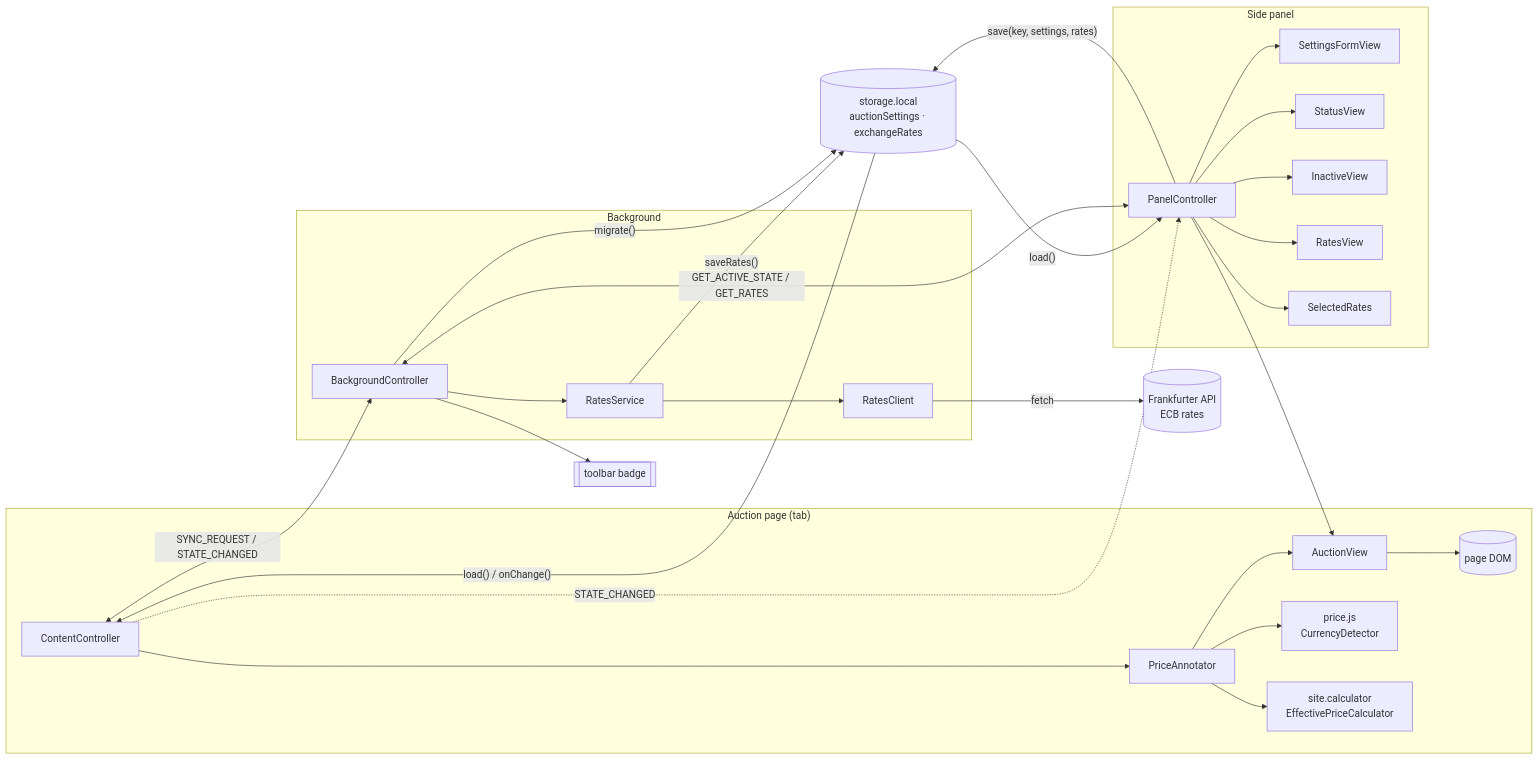
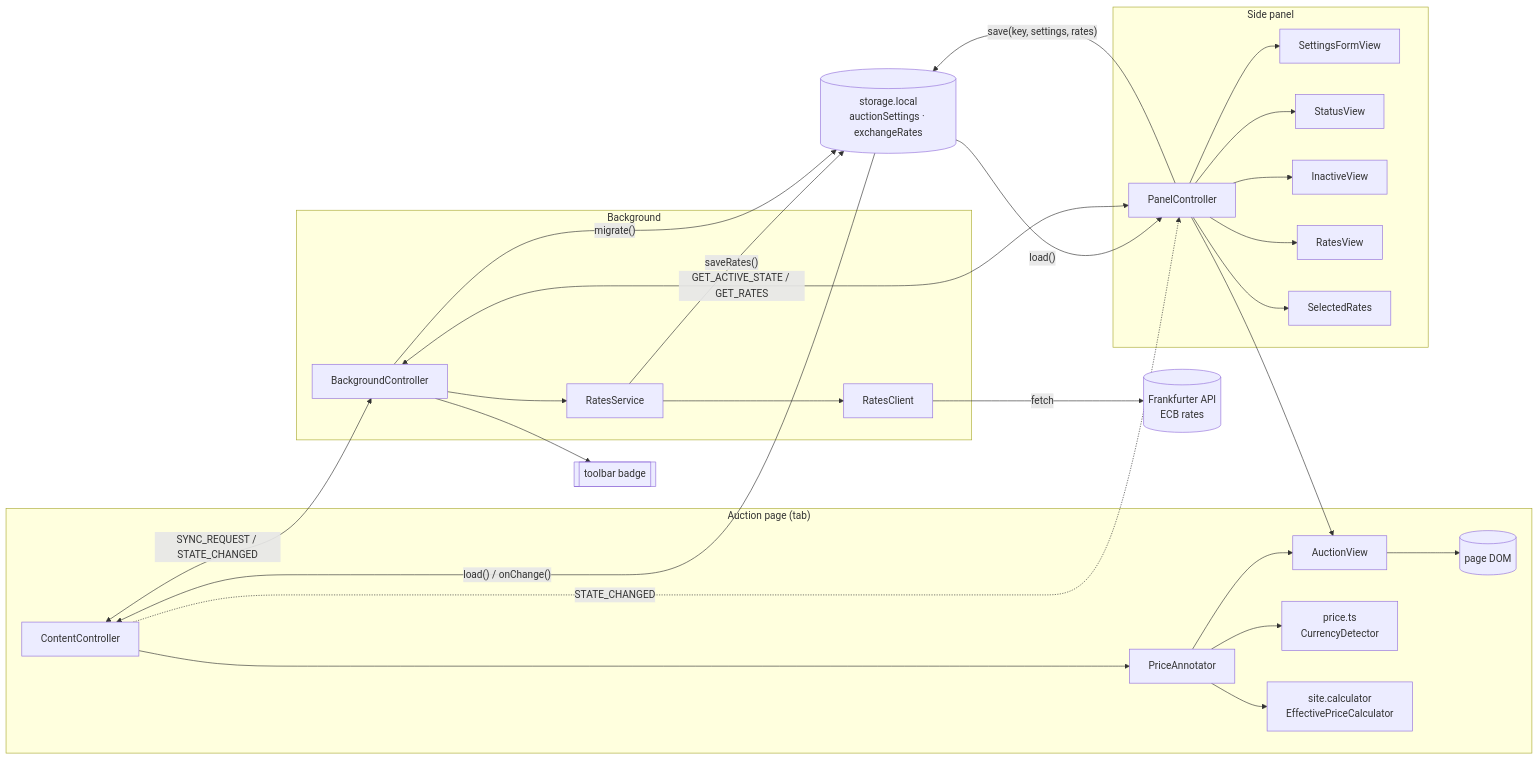
One commit to radyak/minerva-browserplugin changed the second of 8 diagrams in docs/architecture.md. Above: the diagram before and after it, drawn with Mermaid. The commit also changed other lines of this file and 105 other files, not shown here.

````diff
--- a/docs/architecture.md
+++ b/docs/architecture.md
@@ -58,45 +58,45 @@
 ```mermaid
 flowchart LR
   subgraph page["Auction page (tab)"]
     DOM[("page DOM")]
     CC["ContentController"]
     PA["PriceAnnotator"]
     AV["AnnotationView"]
     CC --> PA --> AV --> DOM
-    PA --> PRICE["price.js<br/>CurrencyDetector"]
+    PA --> PRICE["price.ts<br/>CurrencyDetector"]
     PA --> CALC["site.calculator<br/>EffectivePriceCalculator"]
   end
 
   subgraph bg["Background"]
     BC["BackgroundController"]
     RS["RatesService"]
     RC["RatesClient"]
     BC --> RS --> RC
   end
 
   subgraph panel["Side panel"]
     PC["PanelController"]
     SFV["SettingsFormView"]
     SV["StatusView"]
     AV["AuctionView"]
     IV["InactiveView"]
     RV["RatesView"]
     SR["SelectedRates"]
     PC --> SFV & SV & AV & IV & RV & SR
   end
 
   STORE[("storage.local<br/>auctionSettings · exchangeRates")]
   API[("Frankfurter API<br/>ECB rates")]
   BADGE[["toolbar badge"]]
 
   RC -->|fetch| API
   BC --> BADGE
   CC <-->|"SYNC_REQUEST / STATE_CHANGED"| BC
   CC -.->|STATE_CHANGED| PC
   PC <-->|"GET_ACTIVE_STATE / GET_RATES"| BC
   PC -->|"save(key, settings, rates)"| STORE
   RS -->|"saveRates()"| STORE
   STORE -->|"load() / onChange()"| CC
   STORE -->|"load()"| PC
   BC -->|"migrate()"| STORE
 ```
````
